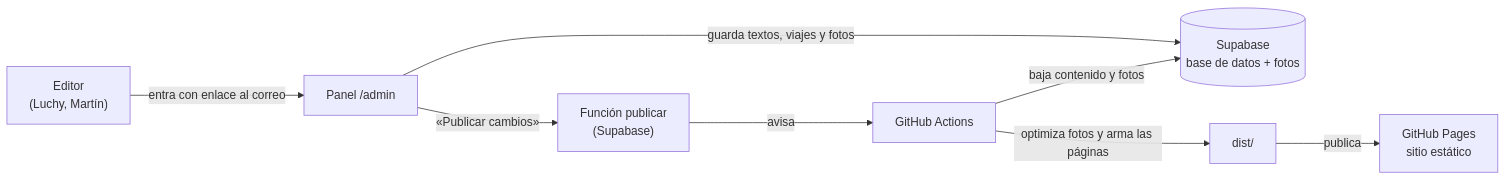
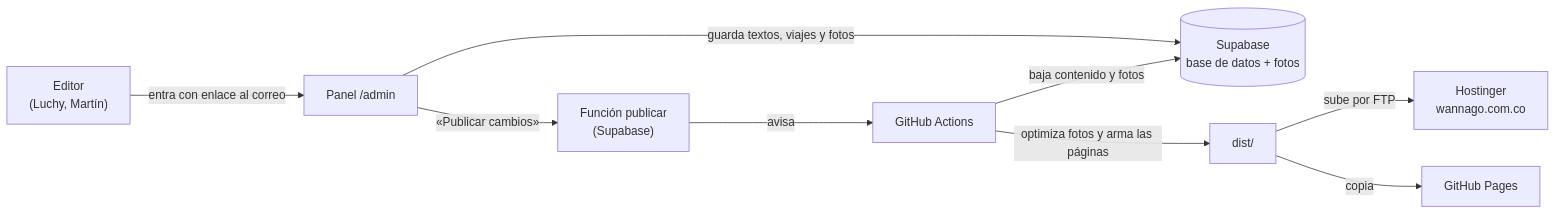
One commit to feliperpovera/wannago changed the diagram in README.md. Above: the diagram before and after it, drawn with Mermaid. The commit also changed other lines of this file and 2 other files, not shown here.

Commit message:
Dominio propio: wannago.com.co como dirección base (canonical, Open Graph, sitemap)

````diff
--- a/README.md
+++ b/README.md
@@ -18,10 +19,11 @@
 ```mermaid
 flowchart LR
   E["Editor<br/>(Luchy, Martín)"] -->|entra con enlace al correo| P["Panel /admin"]
   P -->|guarda textos, viajes y fotos| S[("Supabase<br/>base de datos + fotos")]
   P -->|«Publicar cambios»| F["Función publicar<br/>(Supabase)"]
   F -->|avisa| A["GitHub Actions"]
   A -->|baja contenido y fotos| S
   A -->|optimiza fotos y arma las páginas| D["dist/"]
-  D -->|publica| W["GitHub Pages<br/>sitio estático"]
+  D -->|sube por FTP| H["Hostinger<br/>wannago.com.co"]
+  D -->|copia| W["GitHub Pages"]
 ```
````
